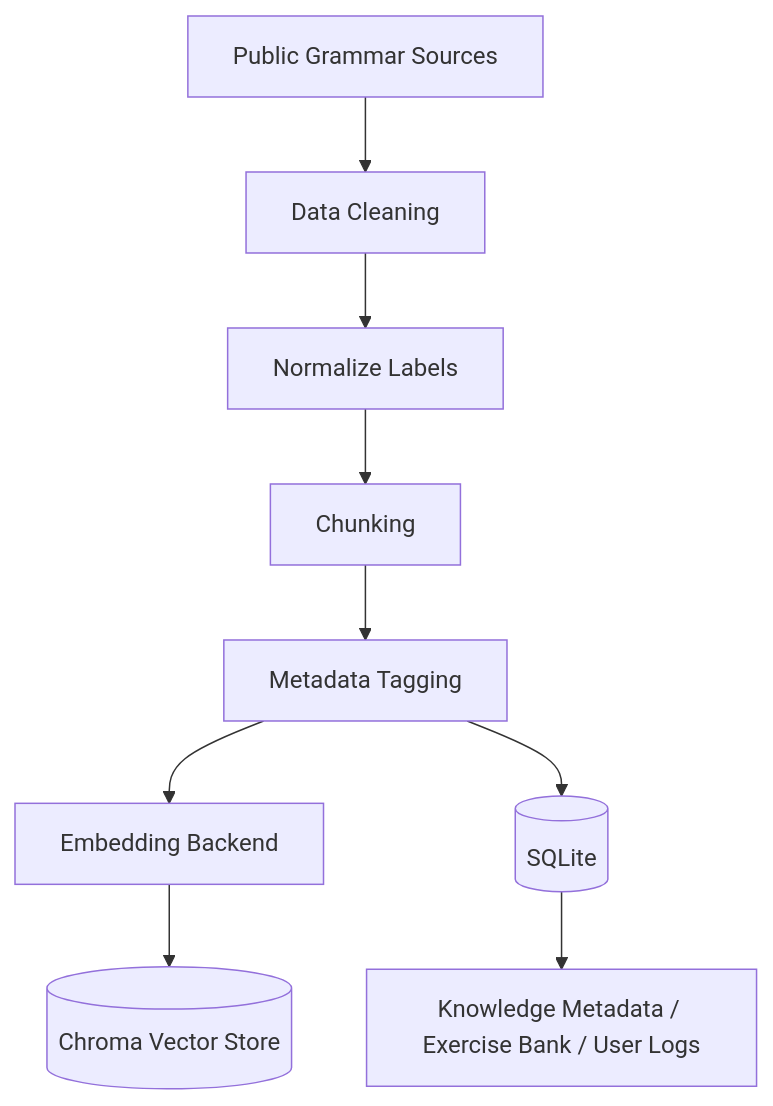
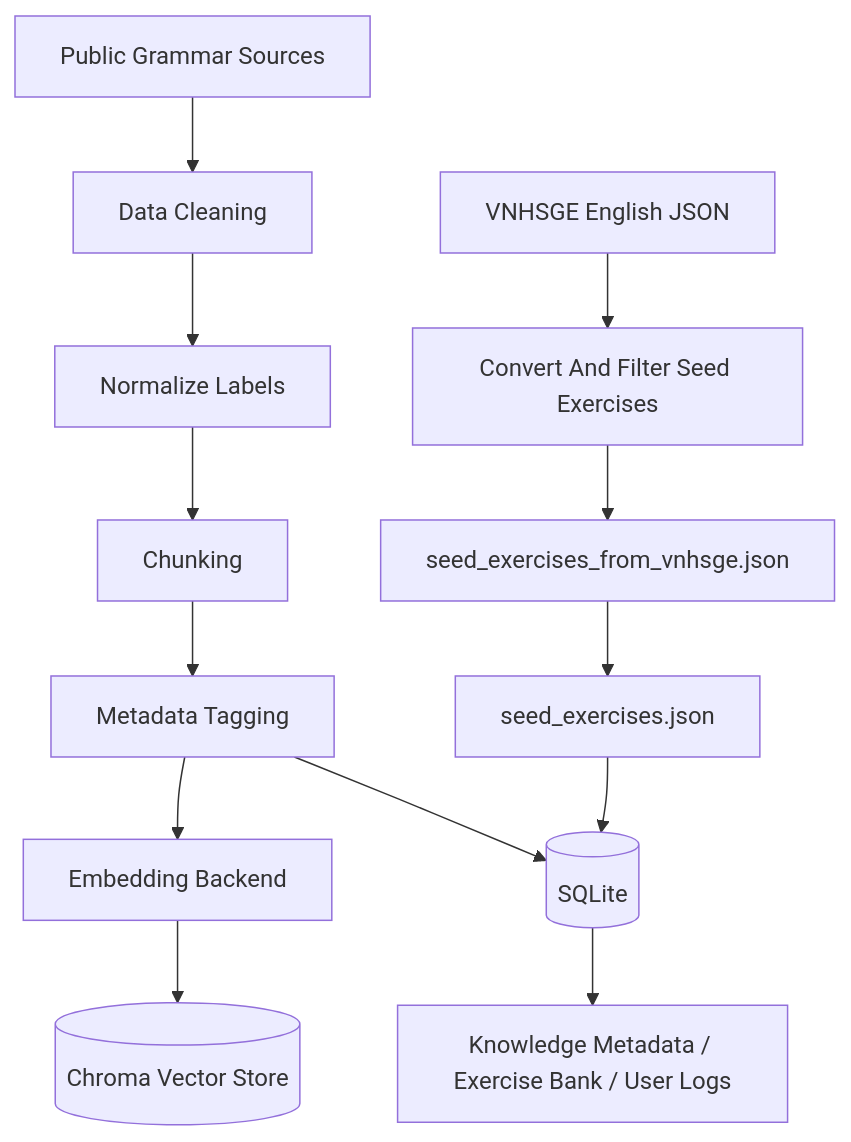
One commit to truongchinh31001a/NLP_Final changed the second of 2 diagrams in docs/Proposal_Chatbot_Sinh_Bai_Tap_Tieng_Anh_Ca_Nhan_Hoa.md. Above: the diagram before and after it, drawn with Mermaid. The commit also changed other lines of this file and 711 other files, not shown here.

````diff
--- a/docs/Proposal_Chatbot_Sinh_Bai_Tap_Tieng_Anh_Ca_Nhan_Hoa.md
+++ b/docs/Proposal_Chatbot_Sinh_Bai_Tap_Tieng_Anh_Ca_Nhan_Hoa.md
@@ -744,12 +821,17 @@
 ```mermaid
 flowchart TD
     A[Public Grammar Sources] --> B[Data Cleaning]
     B --> C[Normalize Labels]
     C --> D[Chunking]
     D --> E[Metadata Tagging]
     E --> F[Embedding Backend]
     F --> G[(Chroma Vector Store)]
 
     E --> H[(SQLite)]
     H --> I[Knowledge Metadata / Exercise Bank / User Logs]
+
+    J[VNHSGE English JSON] --> K[Convert And Filter Seed Exercises]
+    K --> L[seed_exercises_from_vnhsge.json]
+    L --> M[seed_exercises.json]
+    M --> H
 ```
````
